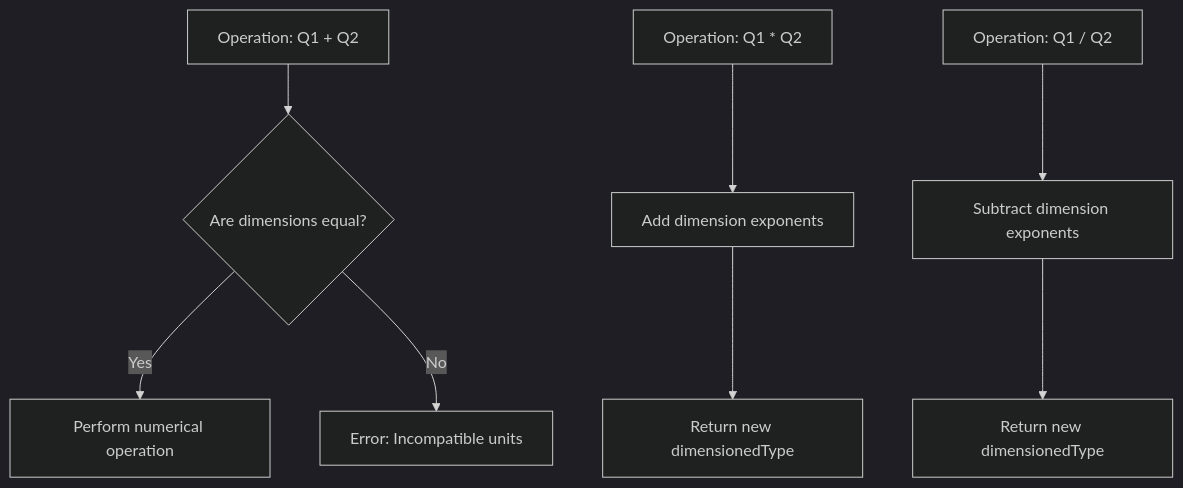
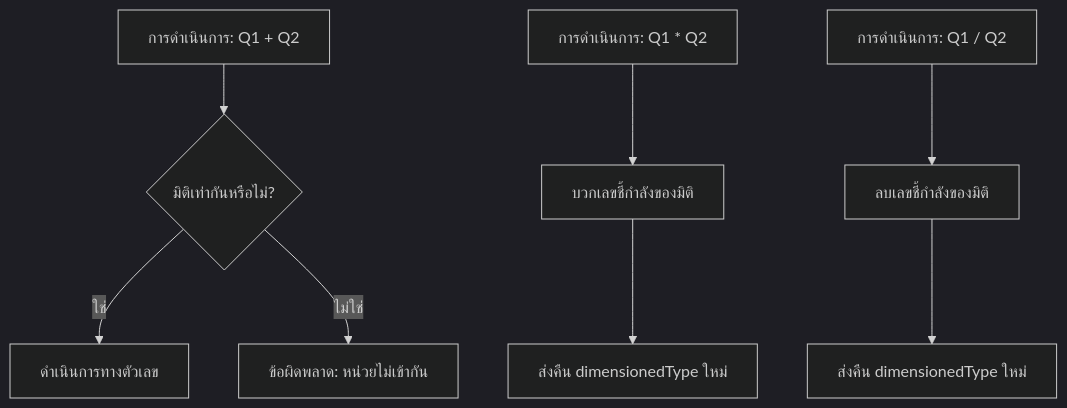
Before and after one commit to wramet/build-my-cfd: the second of 2 diagrams in MODULE_05_OPENFOAM_PROGRAMMING/CONTENT/01_FOUNDATION_PRIMITIVES/06_Summary.md, drawn with Mermaid (dark theme). The commit also changed other lines of this file and 104 other files, not shown here.

````diff
--- a/MODULE_05_OPENFOAM_PROGRAMMING/CONTENT/01_FOUNDATION_PRIMITIVES/06_Summary.md
+++ b/MODULE_05_OPENFOAM_PROGRAMMING/CONTENT/01_FOUNDATION_PRIMITIVES/06_Summary.md
@@ -219,12 +219,12 @@
 ```mermaid
 flowchart TD
-    A[Operation: Q1 + Q2] --> B{Are dimensions equal?}
-    B -->|Yes| C[Perform numerical operation]
-    B -->|No| D[Error: Incompatible units]
+    A[การดำเนินการ: Q1 + Q2] --> B{มิติเท่ากันหรือไม่?}
+    B -->|ใช่| C[ดำเนินการทางตัวเลข]
+    B -->|ไม่ใช่| D[ข้อผิดพลาด: หน่วยไม่เข้ากัน]
 
-    E[Operation: Q1 * Q2] --> F[Add dimension exponents]
-    F --> G[Return new dimensionedType]
+    E[การดำเนินการ: Q1 * Q2] --> F[บวกเลขชี้กำลังของมิติ]
+    F --> G[ส่งคืน dimensionedType ใหม่]
 
-    H[Operation: Q1 / Q2] --> I[Subtract dimension exponents]
-    I --> J[Return new dimensionedType]
+    H[การดำเนินการ: Q1 / Q2] --> I[ลบเลขชี้กำลังของมิติ]
+    I --> J[ส่งคืน dimensionedType ใหม่]
 ```
````
